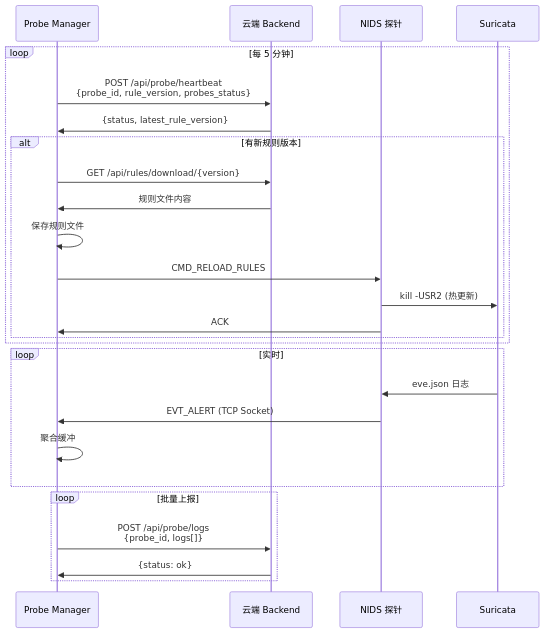
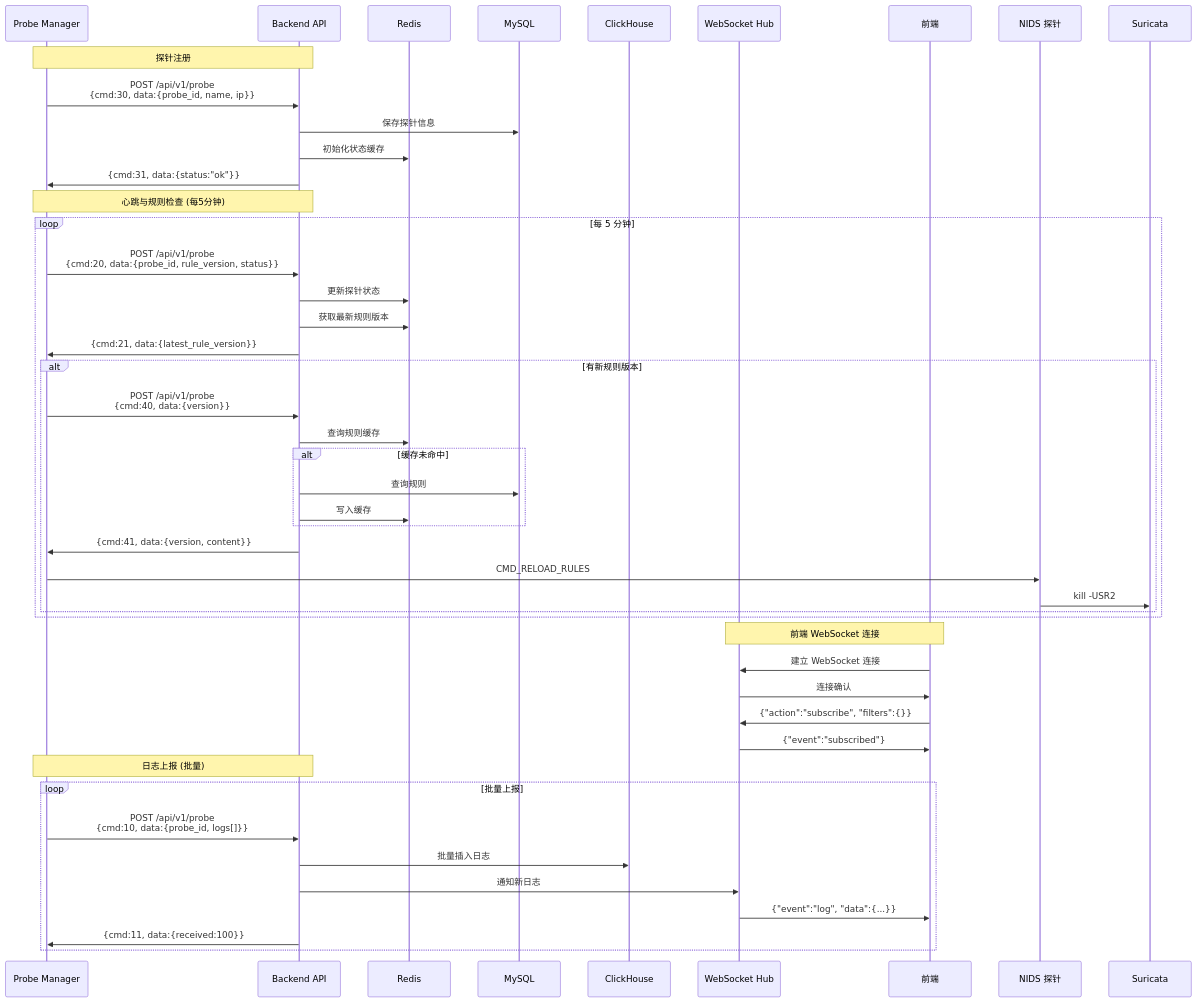
Before and after one commit to chenlehua/ai-idps: the eighth of 19 diagrams in specs/0001-spec.md, drawn with Mermaid. The commit also changed other lines of this file, not shown here.

Commit message:
feat: optimize architecture

````diff
--- a/specs/0001-spec.md
+++ b/specs/0001-spec.md
@@ -255,32 +380,53 @@
 ```mermaid
 sequenceDiagram
     participant PM as Probe Manager
-    participant C as 云端 Backend
+    participant BE as Backend API
+    participant REDIS as Redis
+    participant MYSQL as MySQL
+    participant CH as ClickHouse
+    participant WS as WebSocket Hub
+    participant FE as 前端
     participant NP as NIDS 探针
     participant SR as Suricata
 
+    Note over PM,BE: 探针注册
+    PM->>BE: POST /api/v1/probe<br/>{cmd:30, data:{probe_id, name, ip}}
+    BE->>MYSQL: 保存探针信息
+    BE->>REDIS: 初始化状态缓存
+    BE->>PM: {cmd:31, data:{status:"ok"}}
+
+    Note over PM,BE: 心跳与规则检查 (每5分钟)
     loop 每 5 分钟
-        PM->>C: POST /api/probe/heartbeat<br/>{probe_id, rule_version, probes_status}
-        C->>PM: {status, latest_rule_version}
+        PM->>BE: POST /api/v1/probe<br/>{cmd:20, data:{probe_id, rule_version, status}}
+        BE->>REDIS: 更新探针状态
+        BE->>REDIS: 获取最新规则版本
+        BE->>PM: {cmd:21, data:{latest_rule_version}}
 
         alt 有新规则版本
-            PM->>C: GET /api/rules/download/{version}
-            C->>PM: 规则文件内容
-            PM->>PM: 保存规则文件
+            PM->>BE: POST /api/v1/probe<br/>{cmd:40, data:{version}}
+            BE->>REDIS: 查询规则缓存
+            alt 缓存未命中
+                BE->>MYSQL: 查询规则
+                BE->>REDIS: 写入缓存
+            end
+            BE->>PM: {cmd:41, data:{version, content}}
             PM->>NP: CMD_RELOAD_RULES
-            NP->>SR: kill -USR2 (热更新)
-            NP->>PM: ACK
+            NP->>SR: kill -USR2
         end
     end
 
-    loop 实时
-        SR->>NP: eve.json 日志
-        NP->>PM: EVT_ALERT (TCP Socket)
-        PM->>PM: 聚合缓冲
-    end
+    Note over FE,WS: 前端 WebSocket 连接
+    FE->>WS: 建立 WebSocket 连接
+    WS->>FE: 连接确认
+    FE->>WS: {"action":"subscribe", "filters":{}}
+    WS->>FE: {"event":"subscribed"}
 
+    Note over PM,BE: 日志上报 (批量)
     loop 批量上报
-        PM->>C: POST /api/probe/logs<br/>{probe_id, logs[]}
-        C->>PM: {status: ok}
+        PM->>BE: POST /api/v1/probe<br/>{cmd:10, data:{probe_id, logs[]}}
+        BE->>CH: 批量插入日志
+        BE->>WS: 通知新日志
+        WS->>FE: {"event":"log", "data":{...}}
+        BE->>PM: {cmd:11, data:{received:100}}
     end
 ```
````
